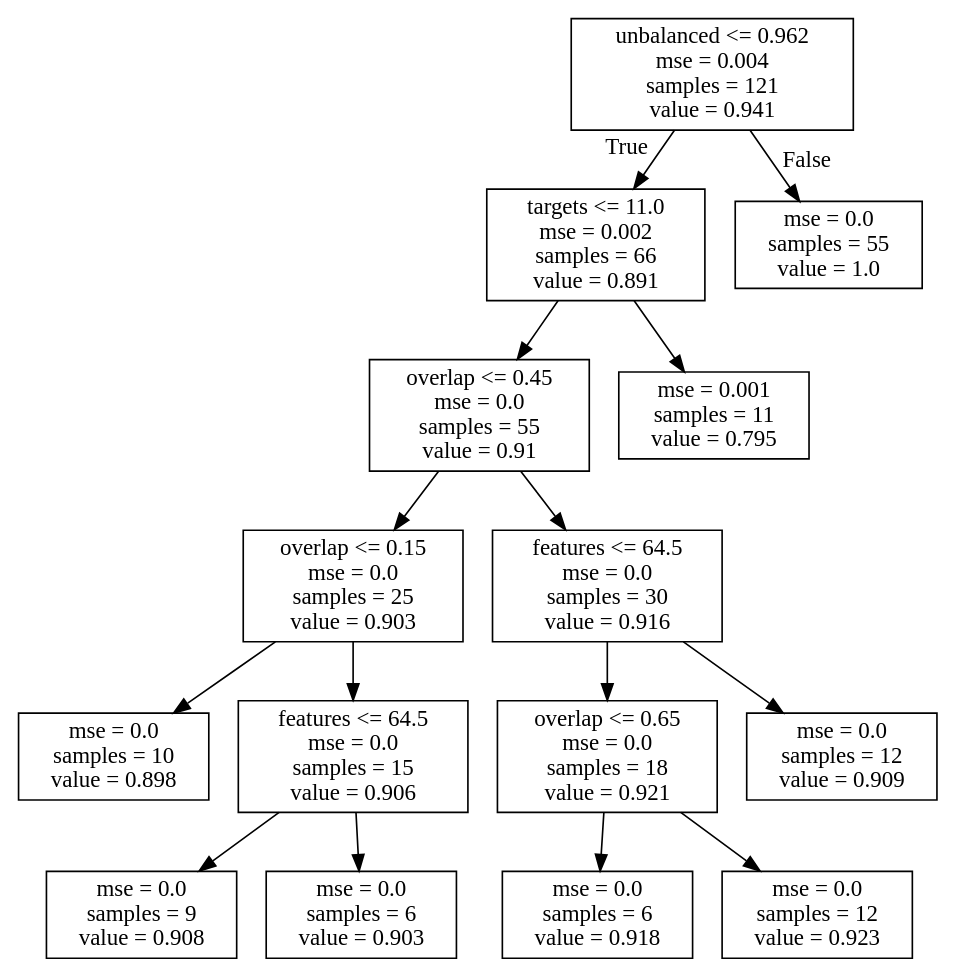
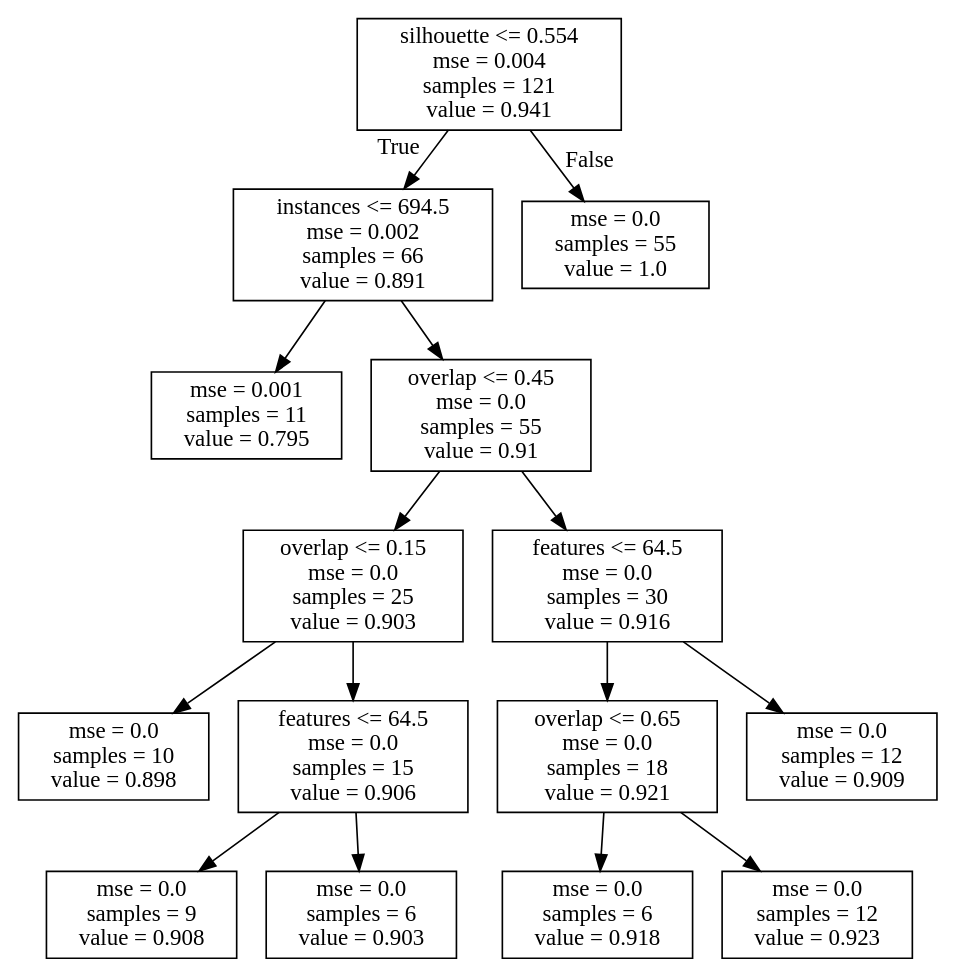
One commit to rsboos/DistributedClassifier changed the diagram in analysis/learning/regression/results/trees/arb_mdic_gnb_f1_scores.dot. Above: the diagram before and after it, drawn with Graphviz. The commit also changed 68 other files, not shown here.

```diff
--- a/analysis/learning/regression/results/trees/arb_mdic_gnb_f1_scores.dot
+++ b/analysis/learning/regression/results/trees/arb_mdic_gnb_f1_scores.dot
@@ -1,32 +1,32 @@
 digraph Tree {
 node [shape=box] ;
-0 [label="unbalanced <= 0.962\nmse = 0.004\nsamples = 121\nvalue = 0.941"] ;
-1 [label="targets <= 11.0\nmse = 0.002\nsamples = 66\nvalue = 0.891"] ;
+0 [label="silhouette <= 0.554\nmse = 0.004\nsamples = 121\nvalue = 0.941"] ;
+1 [label="instances <= 694.5\nmse = 0.002\nsamples = 66\nvalue = 0.891"] ;
 0 -> 1 [labeldistance=2.5, labelangle=45, headlabel="True"] ;
-2 [label="overlap <= 0.45\nmse = 0.0\nsamples = 55\nvalue = 0.91"] ;
+2 [label="mse = 0.001\nsamples = 11\nvalue = 0.795"] ;
 1 -> 2 ;
-3 [label="overlap <= 0.15\nmse = 0.0\nsamples = 25\nvalue = 0.903"] ;
-2 -> 3 ;
-4 [label="mse = 0.0\nsamples = 10\nvalue = 0.898"] ;
+3 [label="overlap <= 0.45\nmse = 0.0\nsamples = 55\nvalue = 0.91"] ;
+1 -> 3 ;
+4 [label="overlap <= 0.15\nmse = 0.0\nsamples = 25\nvalue = 0.903"] ;
 3 -> 4 ;
-5 [label="features <= 64.5\nmse = 0.0\nsamples = 15\nvalue = 0.906"] ;
-3 -> 5 ;
-6 [label="mse = 0.0\nsamples = 9\nvalue = 0.908"] ;
-5 -> 6 ;
-7 [label="mse = 0.0\nsamples = 6\nvalue = 0.903"] ;
-5 -> 7 ;
-8 [label="features <= 64.5\nmse = 0.0\nsamples = 30\nvalue = 0.916"] ;
-2 -> 8 ;
-9 [label="overlap <= 0.65\nmse = 0.0\nsamples = 18\nvalue = 0.921"] ;
-8 -> 9 ;
-10 [label="mse = 0.0\nsamples = 6\nvalue = 0.918"] ;
+5 [label="mse = 0.0\nsamples = 10\nvalue = 0.898"] ;
+4 -> 5 ;
+6 [label="features <= 64.5\nmse = 0.0\nsamples = 15\nvalue = 0.906"] ;
+4 -> 6 ;
+7 [label="mse = 0.0\nsamples = 9\nvalue = 0.908"] ;
+6 -> 7 ;
+8 [label="mse = 0.0\nsamples = 6\nvalue = 0.903"] ;
+6 -> 8 ;
+9 [label="features <= 64.5\nmse = 0.0\nsamples = 30\nvalue = 0.916"] ;
+3 -> 9 ;
+10 [label="overlap <= 0.65\nmse = 0.0\nsamples = 18\nvalue = 0.921"] ;
 9 -> 10 ;
-11 [label="mse = 0.0\nsamples = 12\nvalue = 0.923"] ;
-9 -> 11 ;
-12 [label="mse = 0.0\nsamples = 12\nvalue = 0.909"] ;
-8 -> 12 ;
-13 [label="mse = 0.001\nsamples = 11\nvalue = 0.795"] ;
-1 -> 13 ;
+11 [label="mse = 0.0\nsamples = 6\nvalue = 0.918"] ;
+10 -> 11 ;
+12 [label="mse = 0.0\nsamples = 12\nvalue = 0.923"] ;
+10 -> 12 ;
+13 [label="mse = 0.0\nsamples = 12\nvalue = 0.909"] ;
+9 -> 13 ;
 14 [label="mse = 0.0\nsamples = 55\nvalue = 1.0"] ;
 0 -> 14 [labeldistance=2.5, labelangle=-45, headlabel="False"] ;
 }
```
